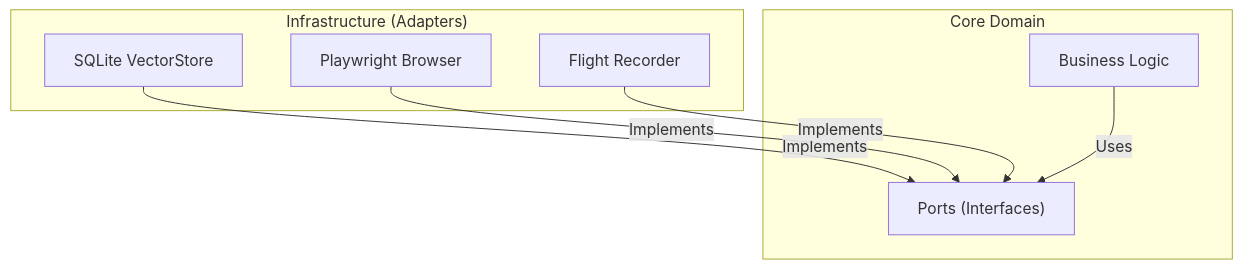
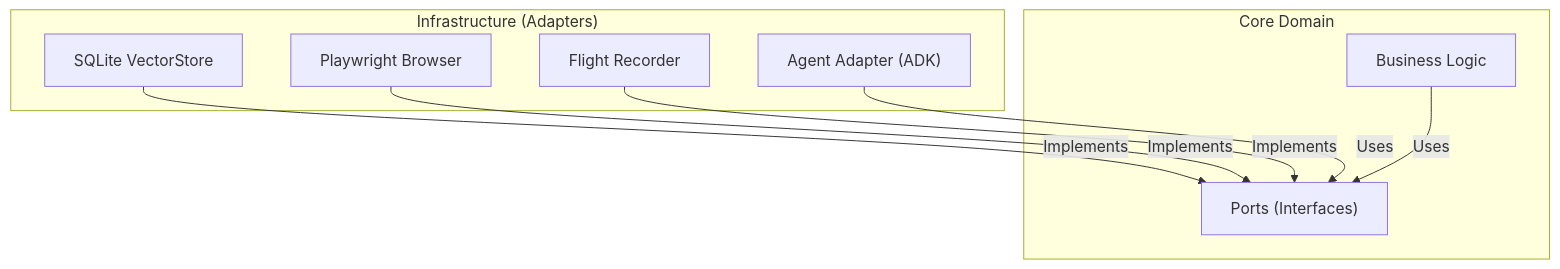
One commit to PundarikakshNTripathi/Kortex changed the diagram in README.md. Above: the diagram before and after it, drawn with Mermaid. The commit also changed other lines of this file and 6 other files, not shown here.

````diff
--- a/README.md
+++ b/README.md
@@ -27,18 +29,20 @@
 ```mermaid
 graph TD
     subgraph Infrastructure ["Infrastructure (Adapters)"]
         SQLite["SQLite VectorStore"]
         Playwright["Playwright Browser"]
         Logger["Flight Recorder"]
+        Agent["Agent Adapter (ADK)"]
     end
 
     subgraph Core ["Core Domain"]
         Ports["Ports (Interfaces)"]
         Logic["Business Logic"]
     end
 
     SQLite -->|Implements| Ports
     Playwright -->|Implements| Ports
     Logger -->|Implements| Ports
+    Agent -->|Uses| Ports
     Logic -->|Uses| Ports
 ```
````
